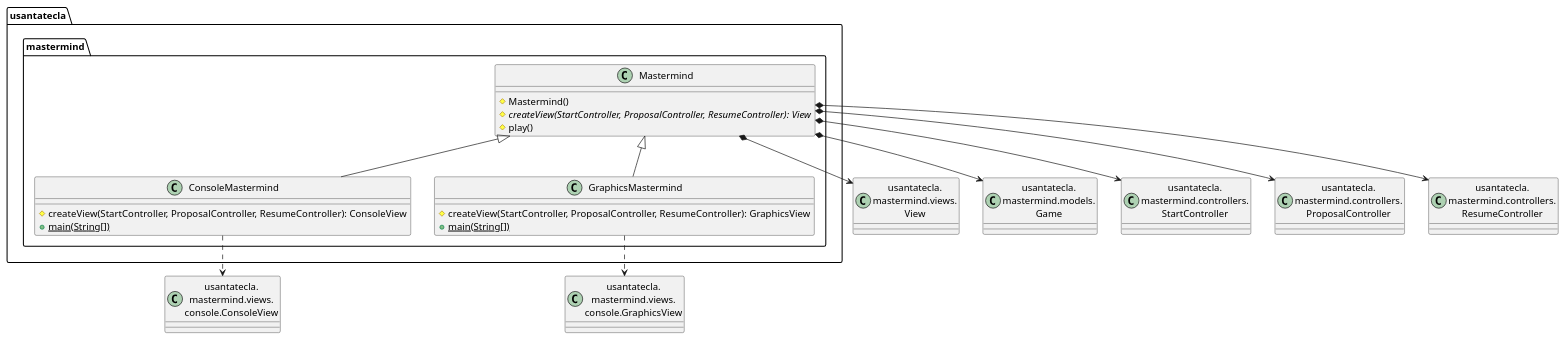
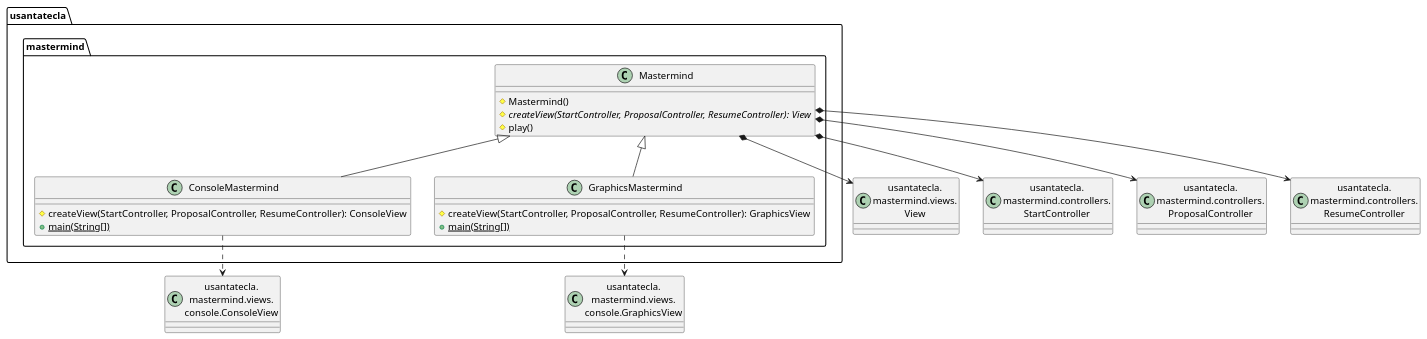
One commit to SantaTecla-mastermind/solution.java.swing.socket.sql changed the first of 6 diagrams in modelViewPresenter/presentationModel/basic/docs/diagrams/src/paquetes.plantuml. Above: the diagram before and after it, drawn with PlantUML. The commit also changed other lines of this file and 4 other files, not shown here.

Commit message:
[mvp.pm.basic] Refactor diagrams

```diff
--- a/modelViewPresenter/presentationModel/basic/docs/diagrams/src/paquetes.plantuml
+++ b/modelViewPresenter/presentationModel/basic/docs/diagrams/src/paquetes.plantuml
@@ -1,36 +1,34 @@
 @startuml usantatecla.mastermind
 
 class View as "usantatecla.\nmastermind.views.\nView"
-Class Game as "usantatecla.\nmastermind.models.\nGame"
 class ConsoleView as "usantatecla.\nmastermind.views.\nconsole.ConsoleView"
 class GraphicsView as "usantatecla.\nmastermind.views.\nconsole.GraphicsView"
 class StartController as "usantatecla.\nmastermind.controllers.\nStartController"
 class ProposalController as "usantatecla.\nmastermind.controllers.\nProposalController"
 class ResumeController as "usantatecla.\nmastermind.controllers.\nResumeController"
 
 class  usantatecla.mastermind.Mastermind{
     # Mastermind()
     # {abstract} createView(StartController, ProposalController, ResumeController): View
     # play()
 }
 usantatecla.mastermind.Mastermind *-down-> View
-usantatecla.mastermind.Mastermind *-down-> Game
 usantatecla.mastermind.Mastermind *-down-> StartController
 usantatecla.mastermind.Mastermind *-down-> ProposalController
 usantatecla.mastermind.Mastermind *-down-> ResumeController
 
 class  usantatecla.mastermind.ConsoleMastermind{
     # createView(StartController, ProposalController, ResumeController): ConsoleView
     + {static} main(String[])
 }
 usantatecla.mastermind.ConsoleMastermind -up-|> usantatecla.mastermind.Mastermind
 usantatecla.mastermind.ConsoleMastermind ..> ConsoleView
 
 class  usantatecla.mastermind.GraphicsMastermind{
 # createView(StartController, ProposalController, ResumeController): GraphicsView
 + {static} main(String[])
 }
 usantatecla.mastermind.GraphicsMastermind -up-|> usantatecla.mastermind.Mastermind
 usantatecla.mastermind.GraphicsMastermind ..> GraphicsView
 
 @enduml
```
